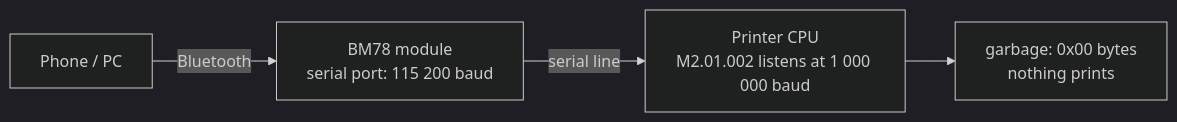
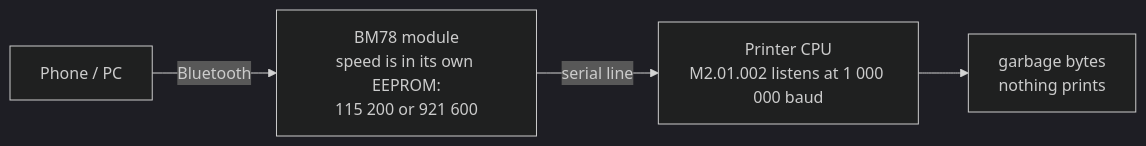
One commit to AndreyyB5/tsc-alpha-bluetooth-fix changed the diagram in README.md. Above: the diagram before and after it, drawn with Mermaid (dark theme). The commit also changed other lines of this file and 16 other files, not shown here.

First line of the commit message:
Module speed differs between printers: 921600 variant and Alpha-30L

````diff
--- a/README.md
+++ b/README.md
@@ -35,6 +40,6 @@
 ```mermaid
 flowchart LR
-    A[Phone / PC] -- Bluetooth --> B["BM78 module<br/>serial port: 115 200 baud"]
+    A[Phone / PC] -- Bluetooth --> B["BM78 module<br/>speed is in its own EEPROM:<br/>115 200 or 921 600"]
     B -- "serial line" --> C["Printer CPU<br/>M2.01.002 listens at 1 000 000 baud"]
-    C --> D["garbage: 0x00 bytes<br/>nothing prints"]
+    C --> D["garbage bytes<br/>nothing prints"]
 ```
````
